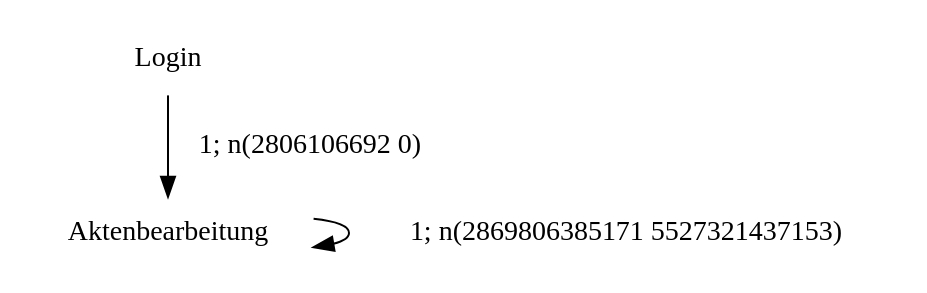
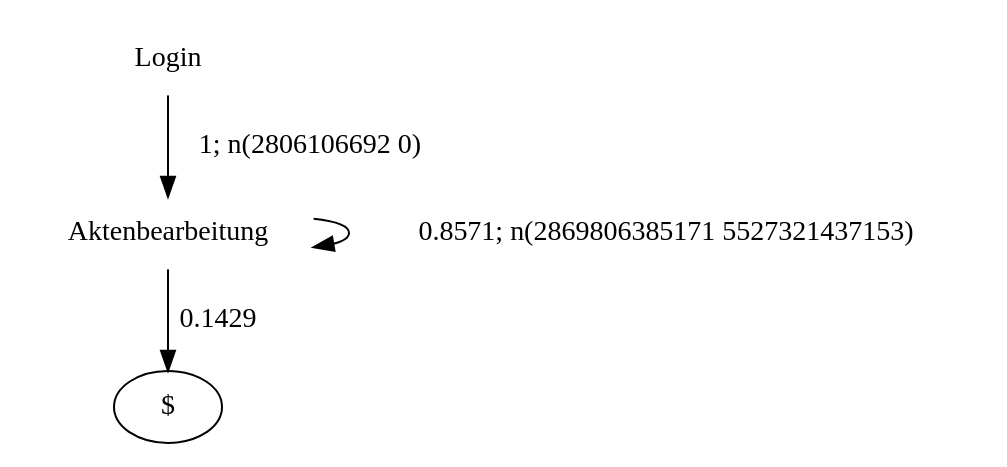
Before and after one commit to alperhi/wessbas.behaviorModelExtractor: the diagram in examples/aida-gear/output/gen_graph0.dot, drawn with Graphviz. The commit also changed 13 other files, not shown here.

```diff
--- a/examples/aida-gear/output/gen_graph0.dot
+++ b/examples/aida-gear/output/gen_graph0.dot
@@ -1,6 +1,7 @@
 digraph G {
 "Login" [label="Login",shape=none];
 "Aktenbearbeitung" [label="Aktenbearbeitung",shape=none];
 "Login"->"Aktenbearbeitung" [style=solid,label="1; n(2806106692 0)"];
-"Aktenbearbeitung"->"Aktenbearbeitung" [style=solid,label="1; n(2869806385171 5527321437153)"];
+"Aktenbearbeitung"->"Aktenbearbeitung" [style=solid,label="0.8571; n(2869806385171 5527321437153)"];
+"Aktenbearbeitung"->"$" [style=solid,label="0.1429"];
 }
```
